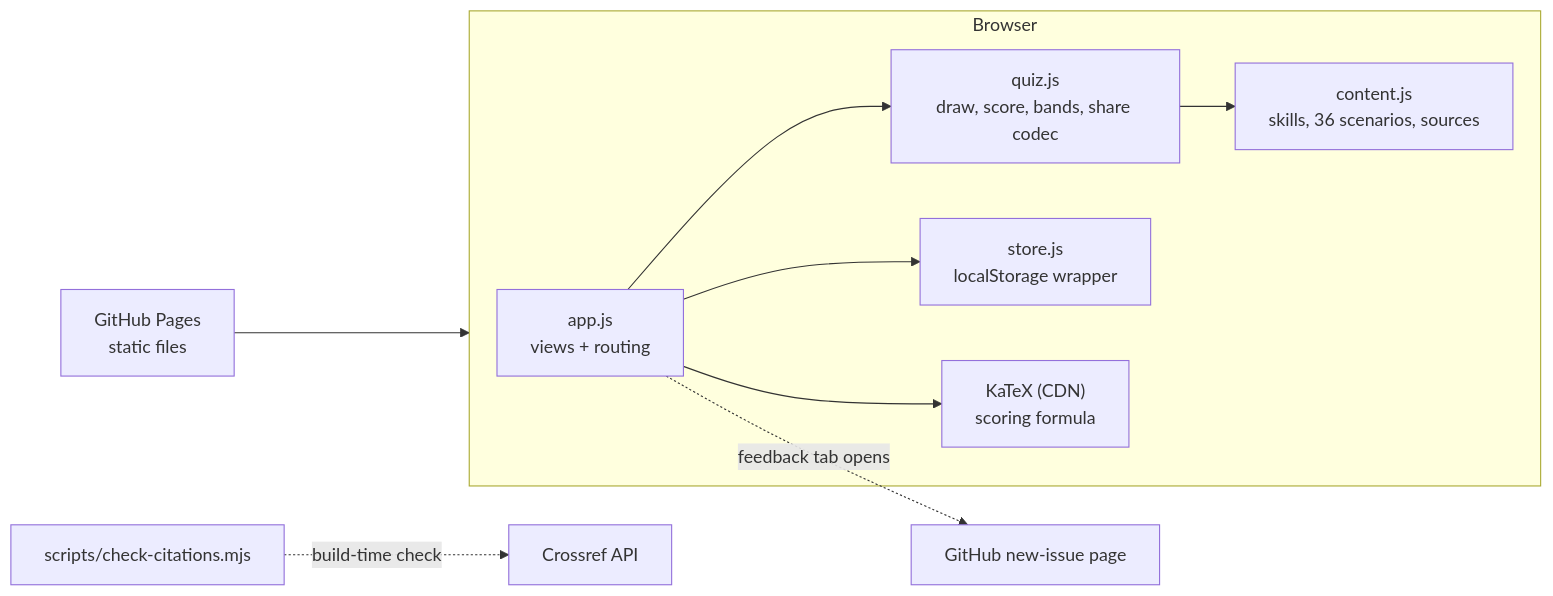
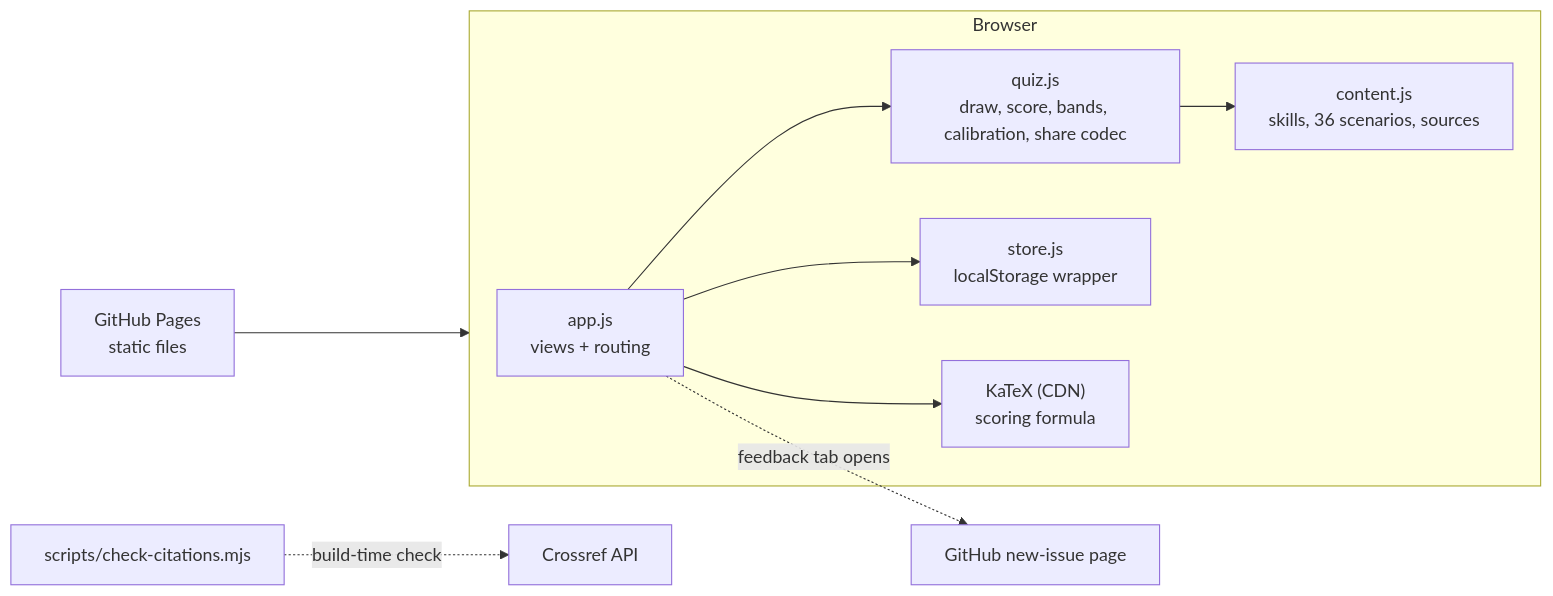
Before and after one commit to amalmehta/HowGoodAreYourTeachingSkills: the diagram in docs/SYSTEM-DESIGN.md, drawn with Mermaid. The commit also changed other lines of this file and 24 other files, not shown here.

````diff
--- a/docs/SYSTEM-DESIGN.md
+++ b/docs/SYSTEM-DESIGN.md
@@ -7,12 +7,12 @@
 ```mermaid
 flowchart LR
   subgraph Browser
-    UI["app.js<br/>views + routing"] --> Quiz["quiz.js<br/>draw, score, bands, share codec"]
+    UI["app.js<br/>views + routing"] --> Quiz["quiz.js<br/>draw, score, bands, calibration, share codec"]
     Quiz --> Content["content.js<br/>skills, 36 scenarios, sources"]
     UI --> Store["store.js<br/>localStorage wrapper"]
     UI --> KaTeX["KaTeX (CDN)<br/>scoring formula"]
   end
   Pages["GitHub Pages<br/>static files"] --> Browser
   UI -. "feedback tab opens" .-> Issue["GitHub new-issue page"]
   Check["scripts/check-citations.mjs"] -. "build-time check" .-> Crossref["Crossref API"]
 ```
````
